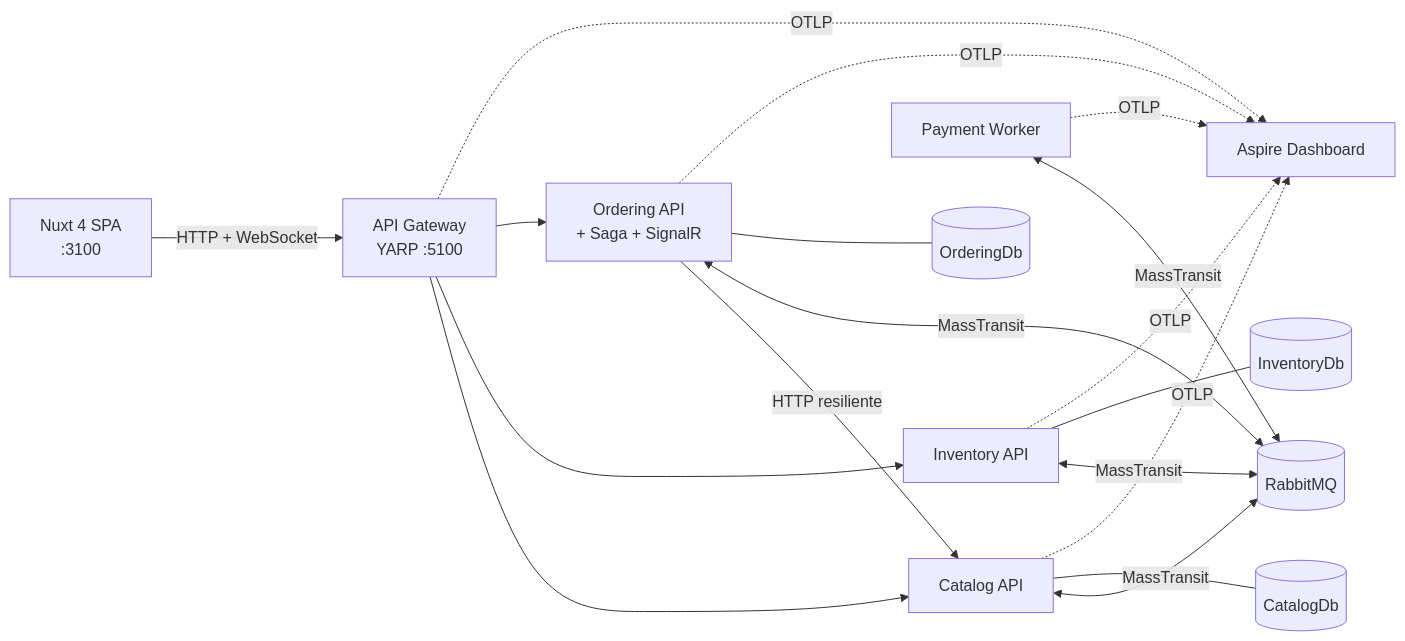
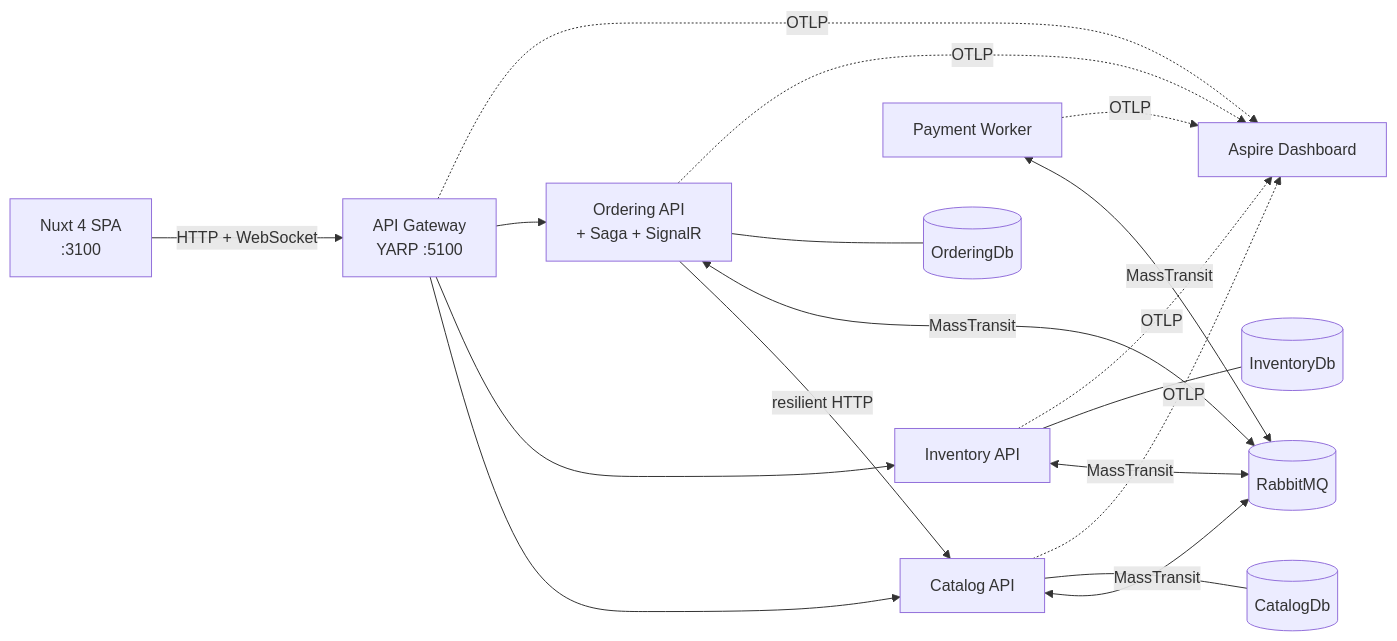
One commit to marlonbochi/microservices_dotnet changed the diagram in README.md. Above: the diagram before and after it, drawn with Mermaid. The commit also changed other lines of this file and 44 other files, not shown here.

````diff
--- a/README.md
+++ b/README.md
@@ -11,13 +19,13 @@
 ```mermaid
 flowchart LR
     UI[Nuxt 4 SPA<br/>:3100] -->|HTTP + WebSocket| GW[API Gateway<br/>YARP :5100]
     GW --> CAT[Catalog API]
     GW --> INV[Inventory API]
     GW --> ORD[Ordering API<br/>+ Saga + SignalR]
-    ORD -->|HTTP resiliente| CAT
+    ORD -->|resilient HTTP| CAT
     CAT & INV & ORD & PAY[Payment Worker] <-->|MassTransit| MQ[(RabbitMQ)]
     CAT --- DB1[(CatalogDb)]
     INV --- DB2[(InventoryDb)]
     ORD --- DB3[(OrderingDb)]
     CAT & INV & ORD & PAY & GW -.->|OTLP| OBS[Aspire Dashboard]
 ```
````
